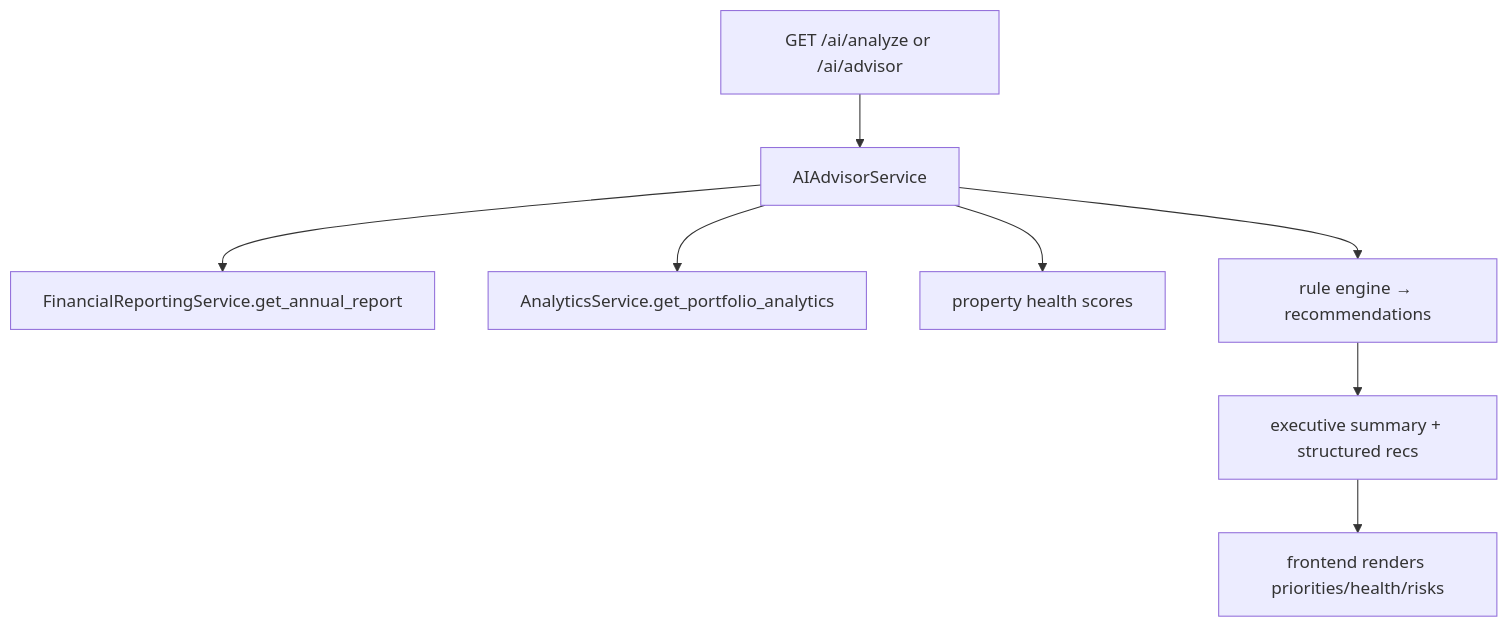
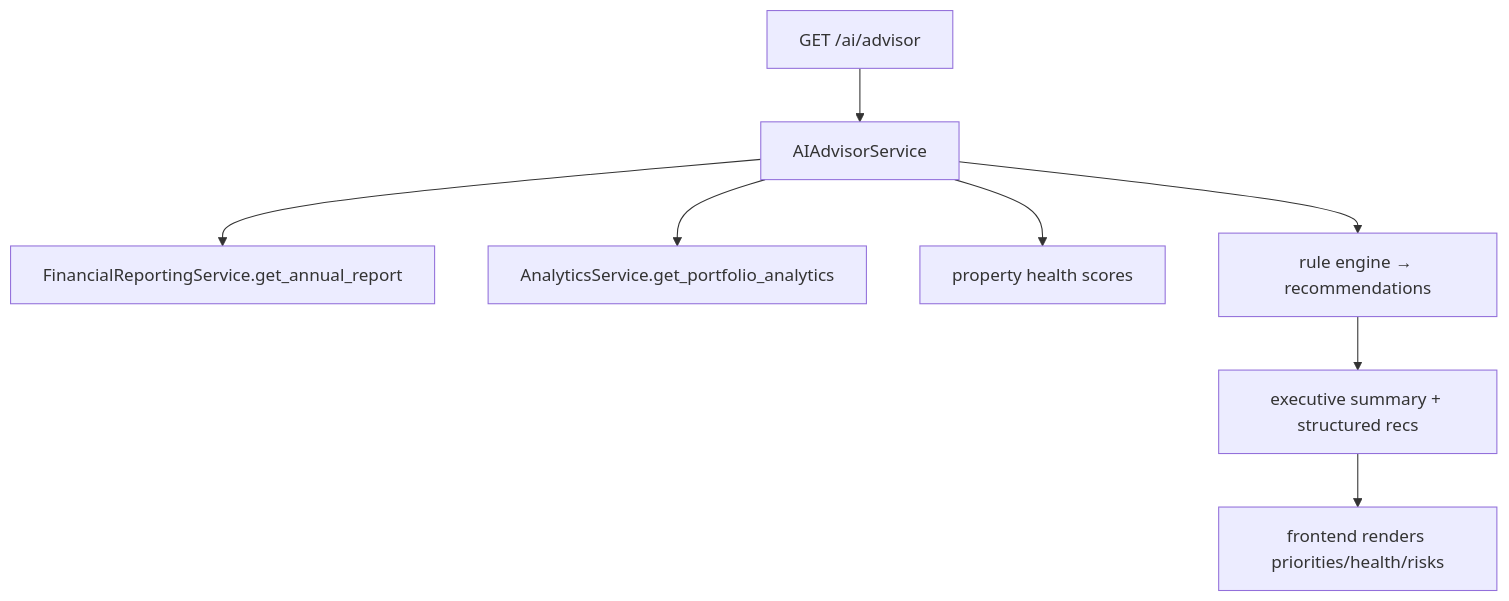
One commit to mahmoud-ath/HostWise changed the sixth of 6 diagrams in docs/overall-architecture.md. Above: the diagram before and after it, drawn with Mermaid. The commit also changed 43 other files, not shown here.

````diff
--- a/docs/overall-architecture.md
+++ b/docs/overall-architecture.md
@@ -253,10 +253,10 @@
 ```mermaid
 flowchart TD
-    A[GET /ai/analyze or /ai/advisor] --> B[AIAdvisorService]
+    A[GET /ai/advisor] --> B[AIAdvisorService]
     B --> C[FinancialReportingService.get_annual_report]
     B --> D[AnalyticsService.get_portfolio_analytics]
     B --> E[property health scores]
     B --> F[rule engine → recommendations]
     F --> G[executive summary + structured recs]
     G --> H[frontend renders priorities/health/risks]
 ```
````
